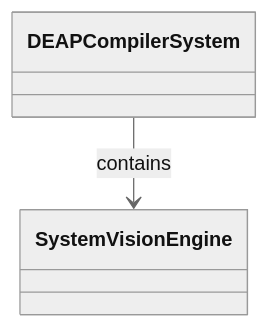
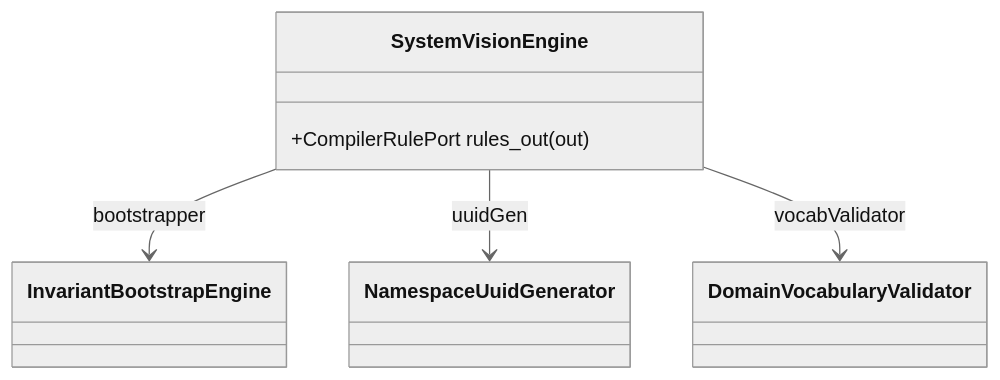
The diagram in docs/features/FEAT-06-SystemVisionEngine.md (gintatkinson/dumpiler-01), drawn with Mermaid (neutral theme) before and after one commit. The commit also changed 56 other files, not shown here.

Commit message:
fix(compiler): eliminate synthetic class diagram stubs and lower ast members (refs #123)

````diff
--- a/docs/features/FEAT-06-SystemVisionEngine.md
+++ b/docs/features/FEAT-06-SystemVisionEngine.md
@@ -16,6 +16,9 @@
 ```mermaid
 classDiagram
-    class DEAPCompilerSystem
-    class SystemVisionEngine
-    DEAPCompilerSystem --> SystemVisionEngine : contains
+    class SystemVisionEngine {
+        +CompilerRulePort rules_out (out)
+    }
+    SystemVisionEngine --> InvariantBootstrapEngine : bootstrapper
+    SystemVisionEngine --> NamespaceUuidGenerator : uuidGen
+    SystemVisionEngine --> DomainVocabularyValidator : vocabValidator
 ```
````
